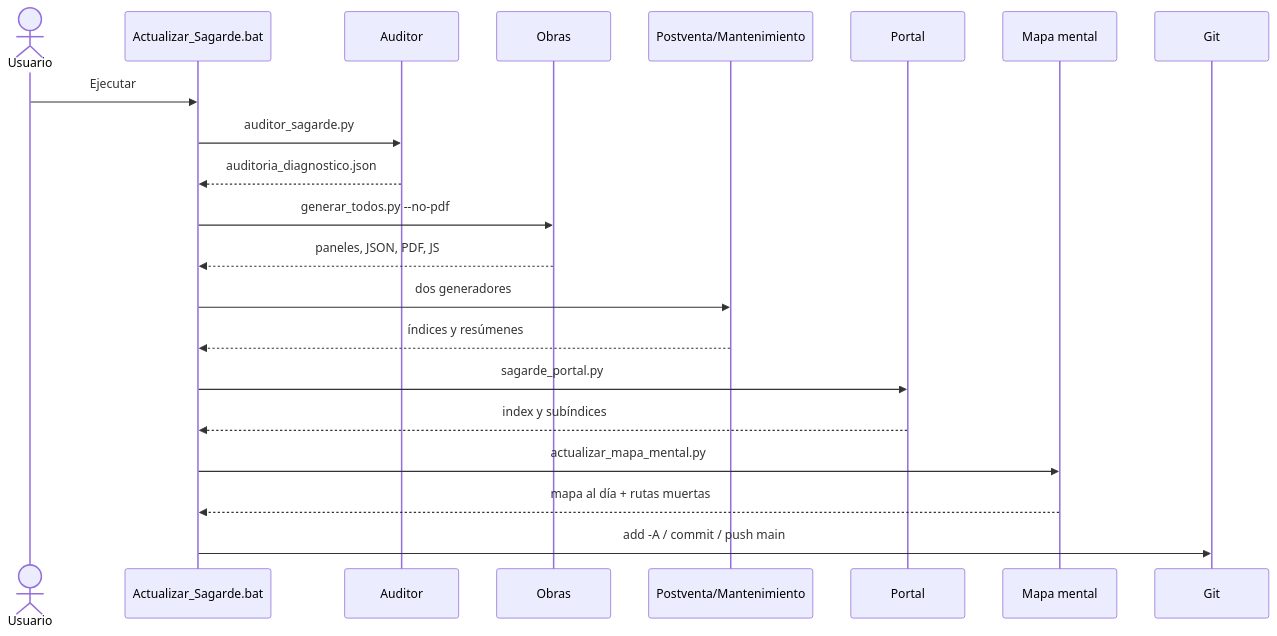
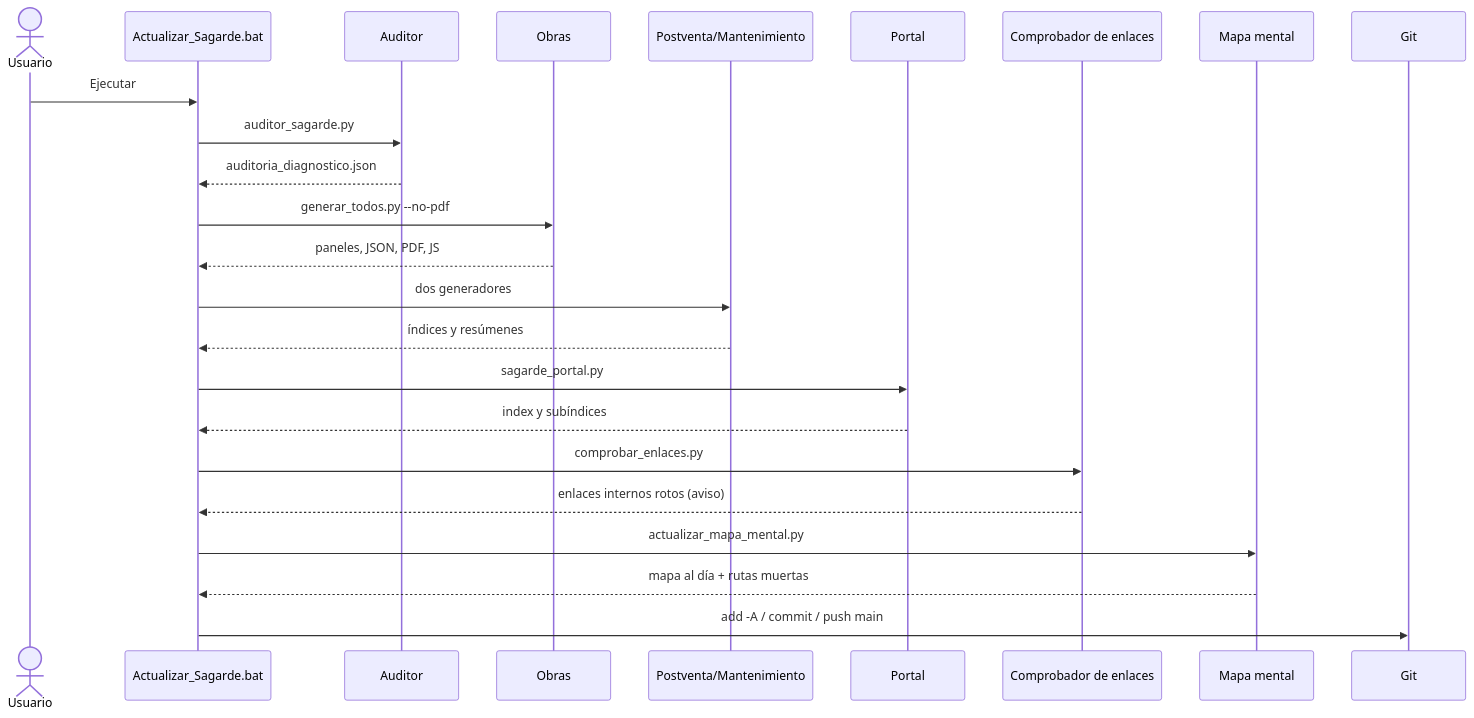
The fourth of 4 diagrams in _SISTEMA/docs/SAGARDE_MAPA_MENTAL_ENTORNO.md (bixente-69/centro-mando-sagarde), drawn with Mermaid before and after one commit. The commit also changed other lines of this file and 3 other files, not shown here.

First line of the commit message:
Aplicar hallazgos de la revision final del comprobador de enlaces

````diff
--- a/_SISTEMA/docs/SAGARDE_MAPA_MENTAL_ENTORNO.md
+++ b/_SISTEMA/docs/SAGARDE_MAPA_MENTAL_ENTORNO.md
@@ -546,23 +547,26 @@
 ```mermaid
 sequenceDiagram
   actor U as Usuario
   participant B as Actualizar_Sagarde.bat
   participant A as Auditor
   participant O as Obras
   participant P as Postventa/Mantenimiento
   participant R as Portal
+  participant C as Comprobador de enlaces
   participant M as Mapa mental
   participant G as Git
   U->>B: Ejecutar
   B->>A: auditor_sagarde.py
   A-->>B: auditoria_diagnostico.json
   B->>O: generar_todos.py --no-pdf
   O-->>B: paneles, JSON, PDF, JS
   B->>P: dos generadores
   P-->>B: índices y resúmenes
   B->>R: sagarde_portal.py
   R-->>B: index y subíndices
+  B->>C: comprobar_enlaces.py
+  C-->>B: enlaces internos rotos (aviso)
   B->>M: actualizar_mapa_mental.py
   M-->>B: mapa al día + rutas muertas
   B->>G: add -A / commit / push main
 ```
````
